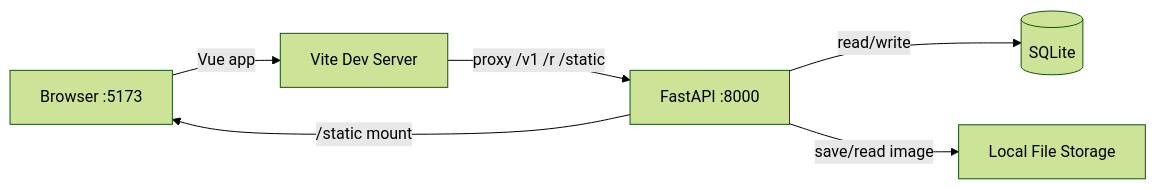
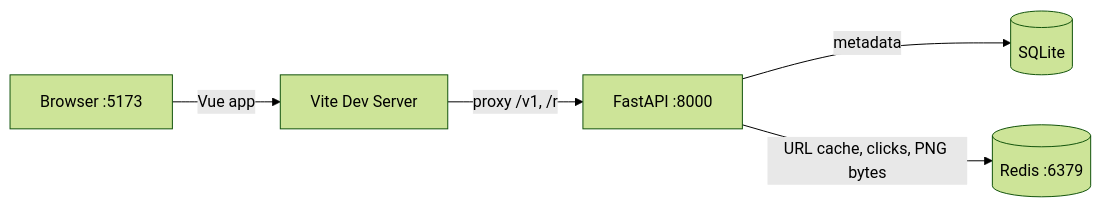
One commit to HarryYehhhh/qr-code-generator changed the first of 2 diagrams in README.md. Above: the diagram before and after it, drawn with Mermaid (forest theme). The commit also changed other lines of this file and 2 other files, not shown here.

````diff
--- a/README.md
+++ b/README.md
@@ -24,14 +25,13 @@
 ```mermaid
 graph LR
     Browser[Browser :5173]
     Vite[Vite Dev Server]
     API[FastAPI :8000]
     DB[(SQLite)]
-    FS[Local File Storage]
+    Redis[(Redis :6379)]
 
     Browser -->|Vue app| Vite
-    Vite -->|proxy /v1 /r /static| API
-    API -->|read/write| DB
-    API -->|save/read image| FS
-    API -->|/static mount| Browser
+    Vite -->|proxy /v1, /r| API
+    API -->|metadata| DB
+    API -->|URL cache, clicks, PNG bytes| Redis
 ```
````
